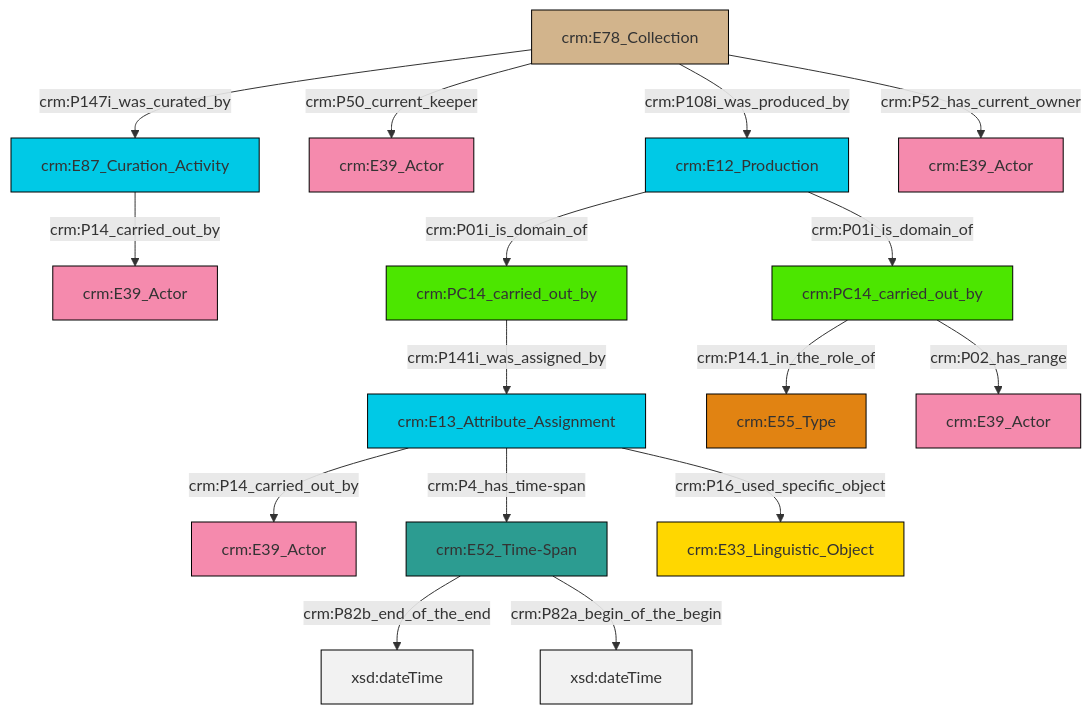
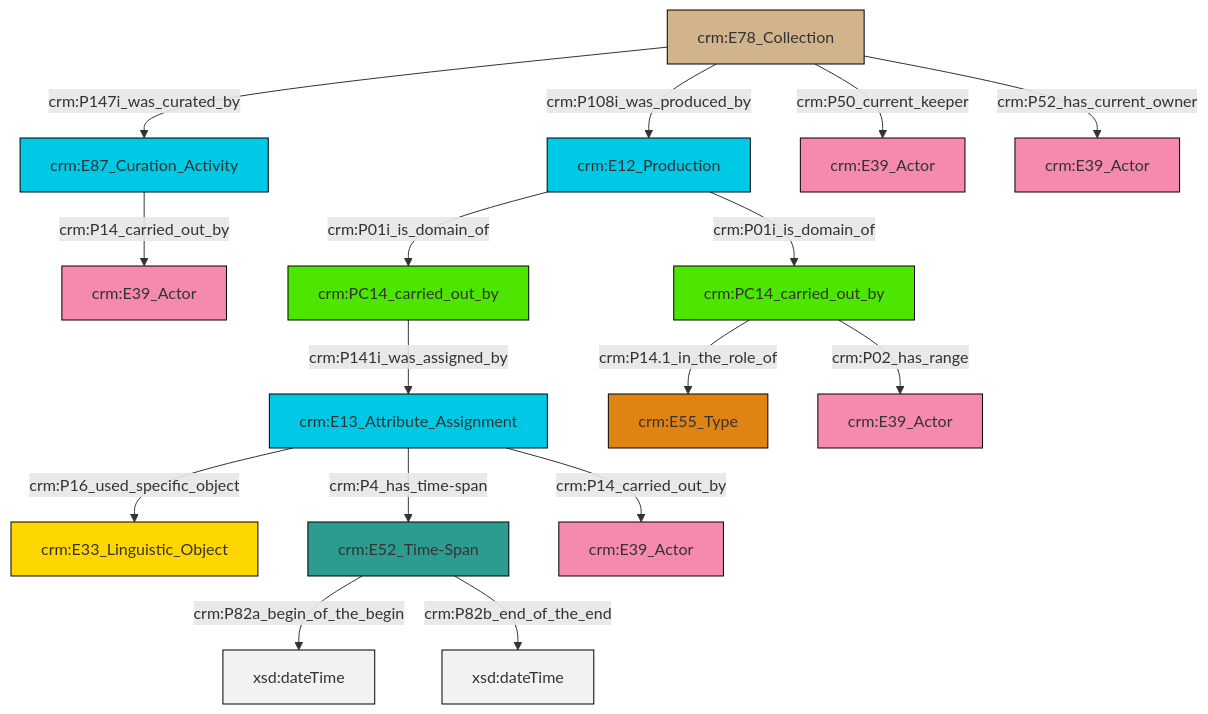
Before and after one commit to swiss-art-research-net/docs.swissartresearch: the diagram in et/archivalCSV/ttl/mmd/archival_relation.ttl.mmd, drawn with Mermaid. The commit also changed 172 other files, not shown here.

```diff
--- a/et/archivalCSV/ttl/mmd/archival_relation.ttl.mmd
+++ b/et/archivalCSV/ttl/mmd/archival_relation.ttl.mmd
@@ -1,30 +1,30 @@
 graph TD
 classDef Literal fill:#f2f2f2,stroke:#000000;
 classDef CRM_Entity fill:#FFFFFF,stroke:#000000;
 classDef Temporal_Entity fill:#00C9E6, stroke:#000000;
 classDef Type fill:#E18312, stroke:#000000;
 classDef Time-Span fill:#2C9C91, stroke:#000000;
 classDef Appellation fill:#FFEB7F, stroke:#000000;
 classDef Place fill:#008836, stroke:#000000;
 classDef Persistent_Item fill:#B266B2, stroke:#000000;
 classDef Conceptual_Object fill:#FFD700, stroke:#000000;
 classDef Physical_Thing fill:#D2B48C, stroke:#000000;
 classDef Actor fill:#f58aad, stroke:#000000;
 classDef PC_Classes fill:#4ce600, stroke:#000000;
 classDef Multi fill:#cccccc,stroke:#000000;
 
-4["crm:E78_Collection"]:::Physical_Thing -->|crm:P147i_was_curated_by| 5["crm:E87_Curation_Activity"]:::Temporal_Entity
-10["crm:E13_Attribute_Assignment"]:::Temporal_Entity -->|crm:P14_carried_out_by| 11["crm:E39_Actor"]:::Actor
-12["crm:E52_Time-Span"]:::Time-Span -->|crm:P82b_end_of_the_end| 13[xsd:dateTime]:::Literal
-14["crm:PC14_carried_out_by"]:::PC_Classes -->|crm:P14.1_in_the_role_of| 6["crm:E55_Type"]:::Type
-8["crm:PC14_carried_out_by"]:::PC_Classes -->|crm:P141i_was_assigned_by| 10["crm:E13_Attribute_Assignment"]:::Temporal_Entity
-10["crm:E13_Attribute_Assignment"]:::Temporal_Entity -->|crm:P4_has_time-span| 12["crm:E52_Time-Span"]:::Time-Span
-10["crm:E13_Attribute_Assignment"]:::Temporal_Entity -->|crm:P16_used_specific_object| 2["crm:E33_Linguistic_Object"]:::Conceptual_Object
-4["crm:E78_Collection"]:::Physical_Thing -->|crm:P50_current_keeper| 23["crm:E39_Actor"]:::Actor
-4["crm:E78_Collection"]:::Physical_Thing -->|crm:P108i_was_produced_by| 21["crm:E12_Production"]:::Temporal_Entity
-21["crm:E12_Production"]:::Temporal_Entity -->|crm:P01i_is_domain_of| 8["crm:PC14_carried_out_by"]:::PC_Classes
-5["crm:E87_Curation_Activity"]:::Temporal_Entity -->|crm:P14_carried_out_by| 0["crm:E39_Actor"]:::Actor
-21["crm:E12_Production"]:::Temporal_Entity -->|crm:P01i_is_domain_of| 14["crm:PC14_carried_out_by"]:::PC_Classes
-4["crm:E78_Collection"]:::Physical_Thing -->|crm:P52_has_current_owner| 24["crm:E39_Actor"]:::Actor
-12["crm:E52_Time-Span"]:::Time-Span -->|crm:P82a_begin_of_the_begin| 29[xsd:dateTime]:::Literal
-14["crm:PC14_carried_out_by"]:::PC_Classes -->|crm:P02_has_range| 17["crm:E39_Actor"]:::Actor
+2["crm:E13_Attribute_Assignment"]:::Temporal_Entity -->|crm:P16_used_specific_object| 3["crm:E33_Linguistic_Object"]:::Conceptual_Object
+5["crm:E87_Curation_Activity"]:::Temporal_Entity -->|crm:P14_carried_out_by| 6["crm:E39_Actor"]:::Actor
+7["crm:E12_Production"]:::Temporal_Entity -->|crm:P01i_is_domain_of| 8["crm:PC14_carried_out_by"]:::PC_Classes
+7["crm:E12_Production"]:::Temporal_Entity -->|crm:P01i_is_domain_of| 9["crm:PC14_carried_out_by"]:::PC_Classes
+11["crm:E52_Time-Span"]:::Time-Span -->|crm:P82a_begin_of_the_begin| 12[xsd:dateTime]:::Literal
+2["crm:E13_Attribute_Assignment"]:::Temporal_Entity -->|crm:P4_has_time-span| 11["crm:E52_Time-Span"]:::Time-Span
+9["crm:PC14_carried_out_by"]:::PC_Classes -->|crm:P141i_was_assigned_by| 2["crm:E13_Attribute_Assignment"]:::Temporal_Entity
+0["crm:E78_Collection"]:::Physical_Thing -->|crm:P108i_was_produced_by| 7["crm:E12_Production"]:::Temporal_Entity
+8["crm:PC14_carried_out_by"]:::PC_Classes -->|crm:P02_has_range| 20["crm:E39_Actor"]:::Actor
+0["crm:E78_Collection"]:::Physical_Thing -->|crm:P50_current_keeper| 15["crm:E39_Actor"]:::Actor
+8["crm:PC14_carried_out_by"]:::PC_Classes -->|crm:P14.1_in_the_role_of| 18["crm:E55_Type"]:::Type
+0["crm:E78_Collection"]:::Physical_Thing -->|crm:P147i_was_curated_by| 5["crm:E87_Curation_Activity"]:::Temporal_Entity
+11["crm:E52_Time-Span"]:::Time-Span -->|crm:P82b_end_of_the_end| 26[xsd:dateTime]:::Literal
+0["crm:E78_Collection"]:::Physical_Thing -->|crm:P52_has_current_owner| 27["crm:E39_Actor"]:::Actor
+2["crm:E13_Attribute_Assignment"]:::Temporal_Entity -->|crm:P14_carried_out_by| 24["crm:E39_Actor"]:::Actor
```
